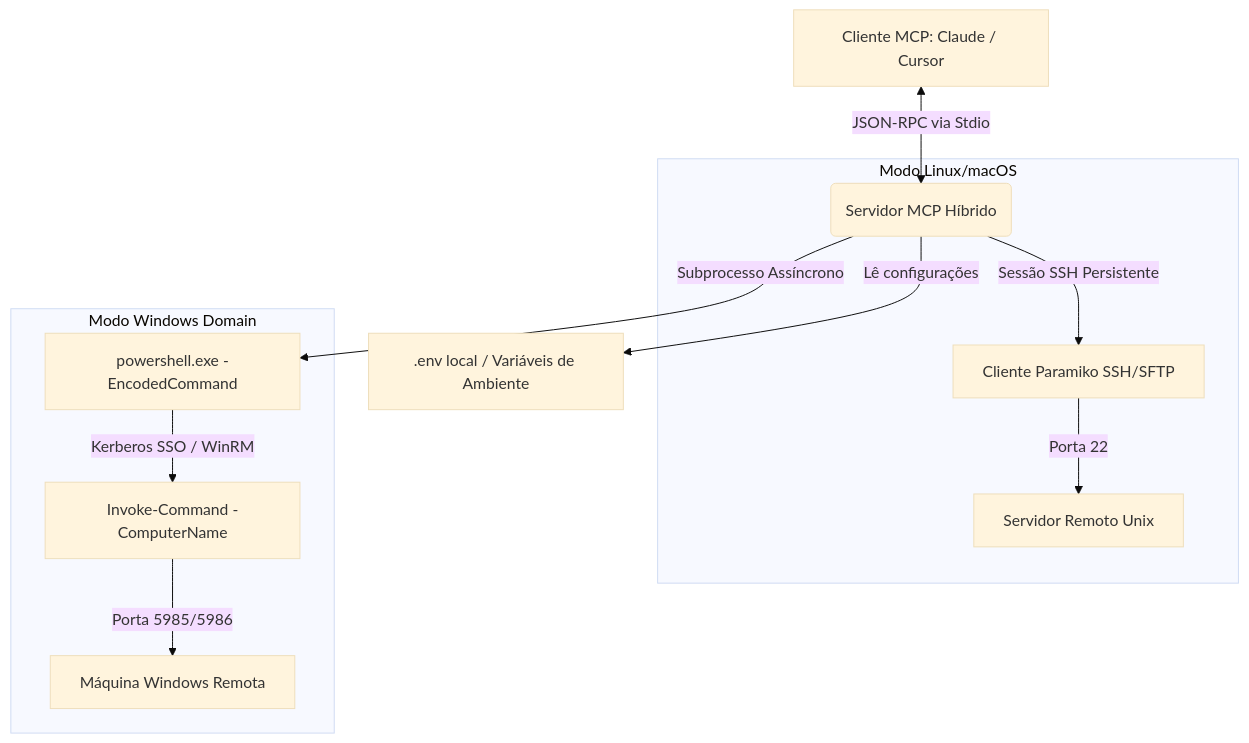
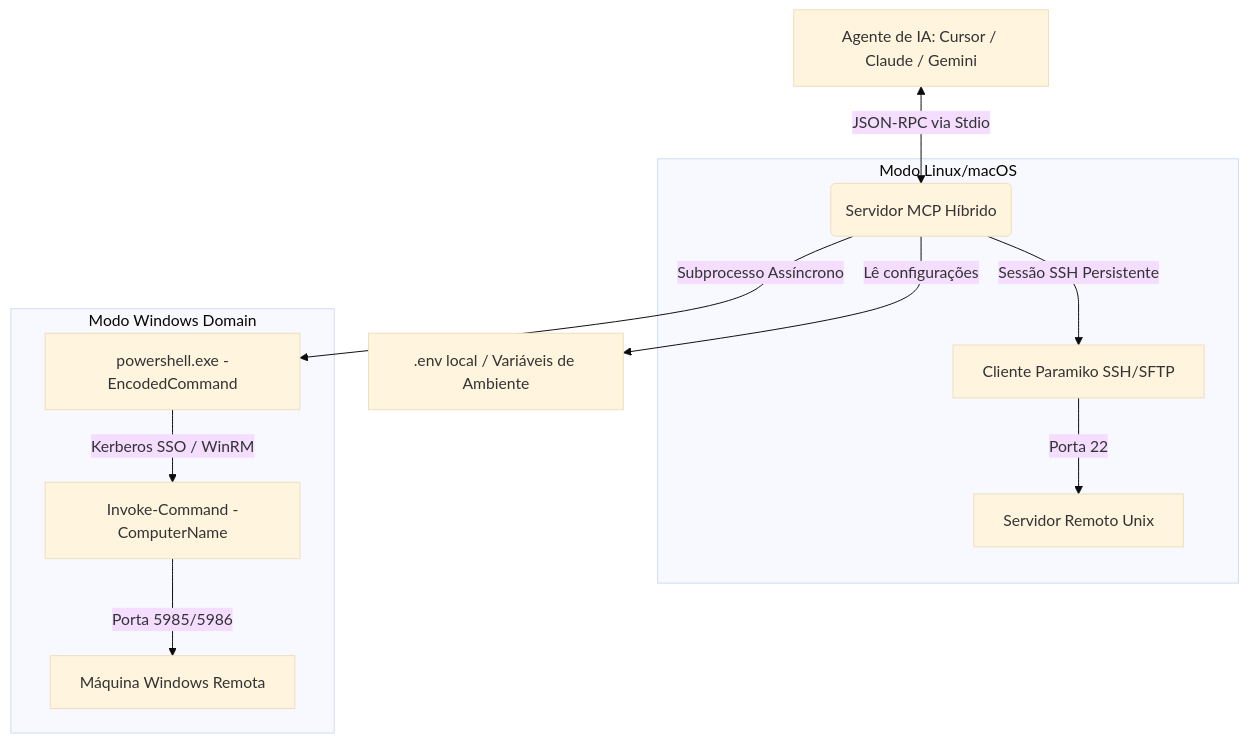
Before and after one commit to ManoAlee/MCP-SSH-TOOL: the first of 3 diagrams in README.md, drawn with Mermaid (base theme). The commit also changed other lines of this file and 4 other files, not shown here.

Commit message:
feat: Add local execution support, get_system_info, manage_service, read_event_logs tools and flowcharts

````diff
--- a/README.md
+++ b/README.md
@@ -46,16 +51,16 @@
 ```mermaid
 flowchart TD
-    A[Cliente MCP: Claude / Cursor] <-->|JSON-RPC via Stdio| B(Servidor MCP Híbrido)
+    A[Agente de IA: Cursor / Claude / Gemini] <-->|JSON-RPC via Stdio| B(Servidor MCP Híbrido)
     B -->|Lê configurações| C[.env local / Variáveis de Ambiente]
     
     subgraph Modo Linux/macOS
         B -->|Sessão SSH Persistente| D[Cliente Paramiko SSH/SFTP]
         D -->|Porta 22| E[Servidor Remoto Unix]
     end
     
     subgraph Modo Windows Domain
         B -->|Subprocesso Assíncrono| F[powershell.exe -EncodedCommand]
         F -->|Kerberos SSO / WinRM| G[Invoke-Command -ComputerName]
         G -->|Porta 5985/5986| H[Máquina Windows Remota]
     end
 ```
````
